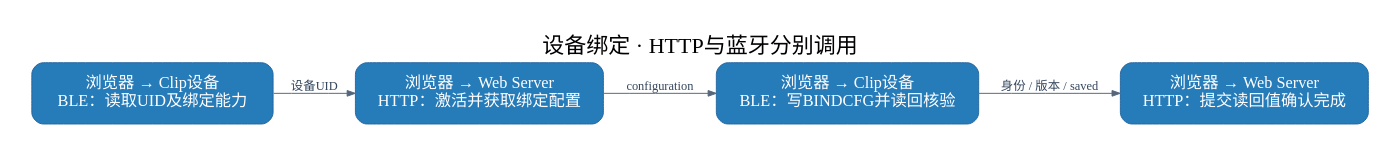
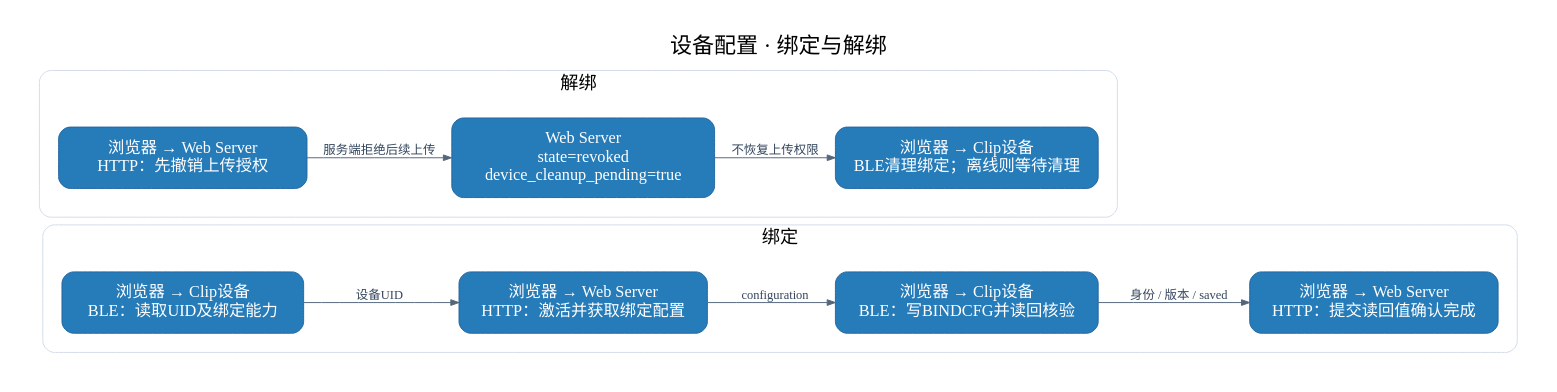
Before and after one commit to boboliu-1010/speaker: the diagram in docs/assets/diagrams/11-device-configuration.dot, drawn with Graphviz. The commit also changed 8 other files, not shown here.

```diff
--- a/docs/assets/diagrams/11-device-configuration.dot
+++ b/docs/assets/diagrams/11-device-configuration.dot
@@ -1,12 +1,21 @@
 digraph G {
-graph [rankdir=LR, bgcolor="white", pad="0.35", nodesep="0.4", ranksep="0.5", splines=line, fontname="PingFang SC", fontsize=23, labelloc=t, label="设备绑定 · HTTP与蓝牙分别调用"];
+graph [rankdir=LR, bgcolor="white", pad="0.35", nodesep="0.4", ranksep="0.5", splines=line, fontname="PingFang SC", fontsize=23, labelloc=t, label="设备配置 · 绑定与解绑"];
 node [shape=box, style="rounded,filled", fillcolor="#267bb9", color="#2366a0", fontcolor=white, fontname="PingFang SC", fontsize=17, margin="0.22,0.18"];
 edge [fontname="PingFang SC", fontsize=13, color="#53667c", fontcolor="#34465d", arrowsize=0.85];
+subgraph cluster_bind { label="绑定"; color="#d1dce8"; style=rounded; fontsize=19; margin=20;
 n0 [width=3.5, label="浏览器 → Clip设备\nBLE：读取UID及绑定能力"];
 n1 [width=3.6, label="浏览器 → Web Server\nHTTP：激活并获取绑定配置"];
 n2 [width=3.8, label="浏览器 → Clip设备\nBLE：写BINDCFG并读回核验"];
 n3 [width=3.6, label="浏览器 → Web Server\nHTTP：提交读回值确认完成"];
 n0 -> n1 [label="设备UID"];
 n1 -> n2 [label="configuration"];
 n2 -> n3 [label="身份 / 版本 / saved"];
 }
+subgraph cluster_unbind { label="解绑"; color="#d1dce8"; style=rounded; fontsize=19; margin=20;
+u0 [width=3.6, label="浏览器 → Web Server\nHTTP：先撤销上传授权"];
+u1 [width=3.8, label="Web Server\nstate=revoked\ndevice_cleanup_pending=true"];
+u2 [width=3.8, label="浏览器 → Clip设备\nBLE清理绑定；离线则等待清理"];
+u0 -> u1 [label="服务端拒绝后续上传"];
+u1 -> u2 [label="不恢复上传权限"];
+}
+}
```
